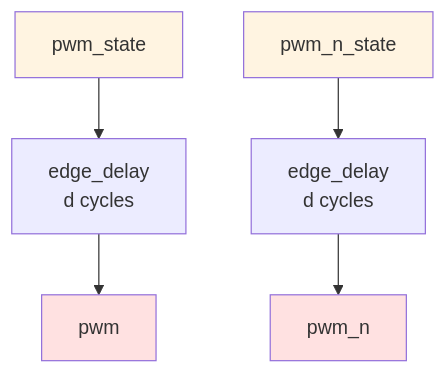
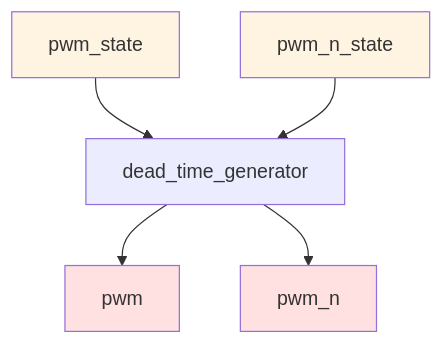
The fourth of 10 diagrams in docs/src/pwm/README.md (ekazakov1507/pwm_demo), drawn with Mermaid before and after one commit. The commit also changed other lines of this file and 4 other files, not shown here.

First line of the commit message:
[DOCS] PWM bipolar mode, pwm_1ch_drive_pkg, dead_time_generator

````diff
--- a/docs/src/pwm/README.md
+++ b/docs/src/pwm/README.md
@@ -188,13 +182,13 @@
 ```mermaid
 graph TB
-    pwm_state --> EDGE_P[edge_delay<br/>d cycles]
-    pwm_n_state --> EDGE_N[edge_delay<br/>d cycles]
+    pwm_state --> DT[dead_time_generator]
+    pwm_n_state --> DT
 
-    EDGE_P --> pwm
-    EDGE_N --> pwm_n
+    DT --> pwm
+    DT --> pwm_n
 
     style pwm_state fill:#fff4e1
     style pwm_n_state fill:#fff4e1
     style pwm fill:#ffe1e1
     style pwm_n fill:#ffe1e1
 ```
````
